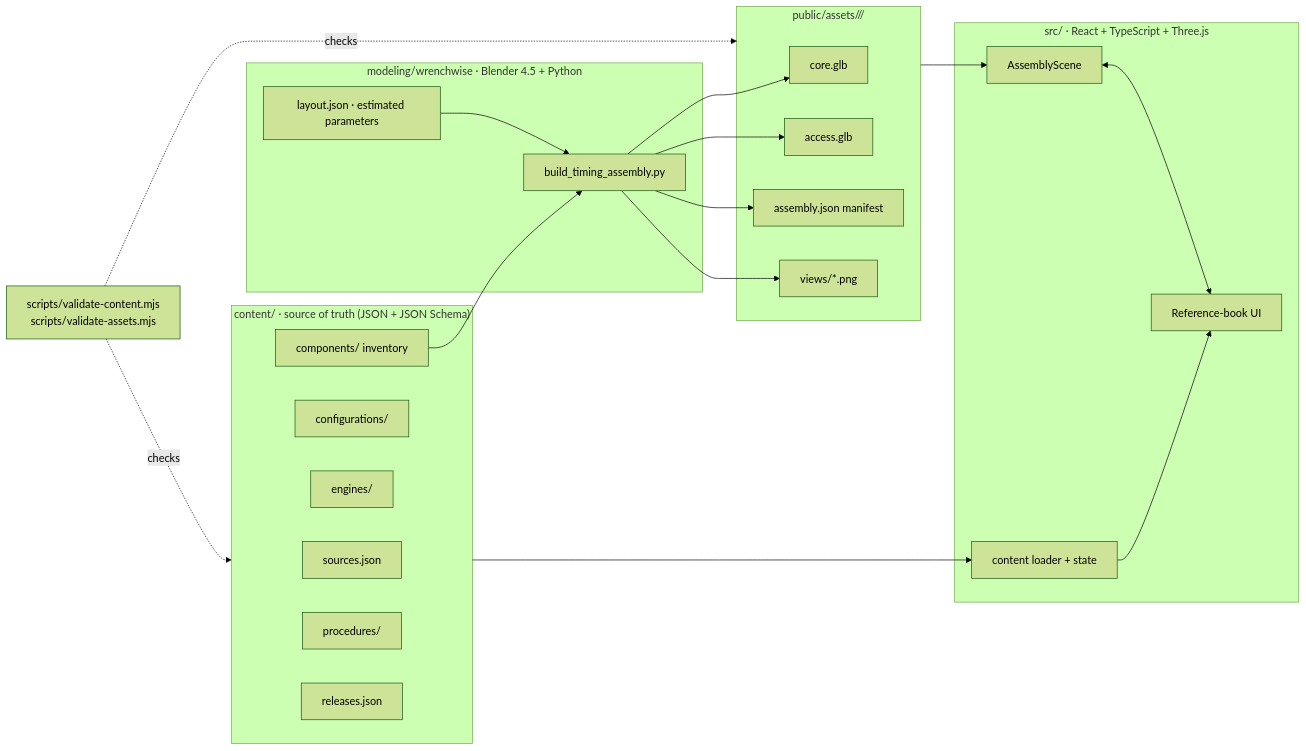
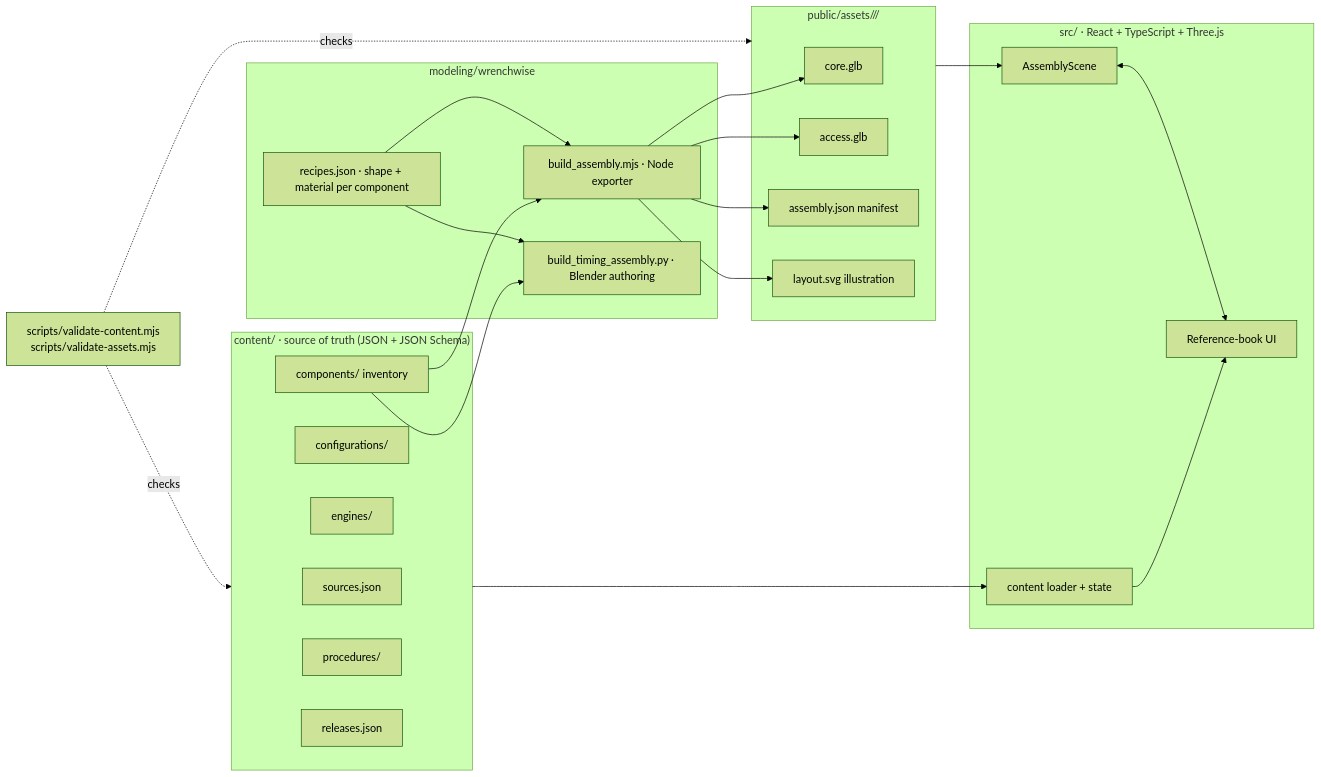
Before and after one commit to Zhandolia/wrenchwise: the diagram in docs/ARCHITECTURE.md, drawn with Mermaid (forest theme). The commit also changed other lines of this file and 29 other files, not shown here.

First line of the commit message:
Ship the reference-book flow: index, guide workspace and the 3D assembly

````diff
--- a/docs/ARCHITECTURE.md
+++ b/docs/ARCHITECTURE.md
@@ -47,34 +47,35 @@
 ```mermaid
 flowchart LR
   subgraph Content["content/ · source of truth (JSON + JSON Schema)"]
     S[sources.json]
     C[configurations/]
     E[engines/]
     I[components/ inventory]
     P[procedures/]
     R[releases.json]
   end
-  subgraph Modeling["modeling/wrenchwise · Blender 4.5 + Python"]
-    L[layout.json · estimated parameters]
-    B[build_timing_assembly.py]
+  subgraph Modeling["modeling/wrenchwise"]
+    L[recipes.json · shape + material per component]
+    B[build_assembly.mjs · Node exporter]
+    BP[build_timing_assembly.py · Blender authoring]
   end
   subgraph Assets["public/assets/<engine>/<revision>/"]
     G1[core.glb]
     G2[access.glb]
     M[assembly.json manifest]
-    V[views/*.png]
+    V[layout.svg illustration]
   end
   subgraph App["src/ · React + TypeScript + Three.js"]
     D[content loader + state]
     SC[AssemblyScene]
     UI[Reference-book UI]
   end
-  I --> B
-  L --> B
+  I --> B & BP
+  L --> B & BP
   B --> G1 & G2 & M & V
   Content --> D
   Assets --> SC
   D --> UI
   SC <--> UI
   T["scripts/validate-content.mjs\nscripts/validate-assets.mjs"] -.checks.-> Content & Assets
 ```
````
